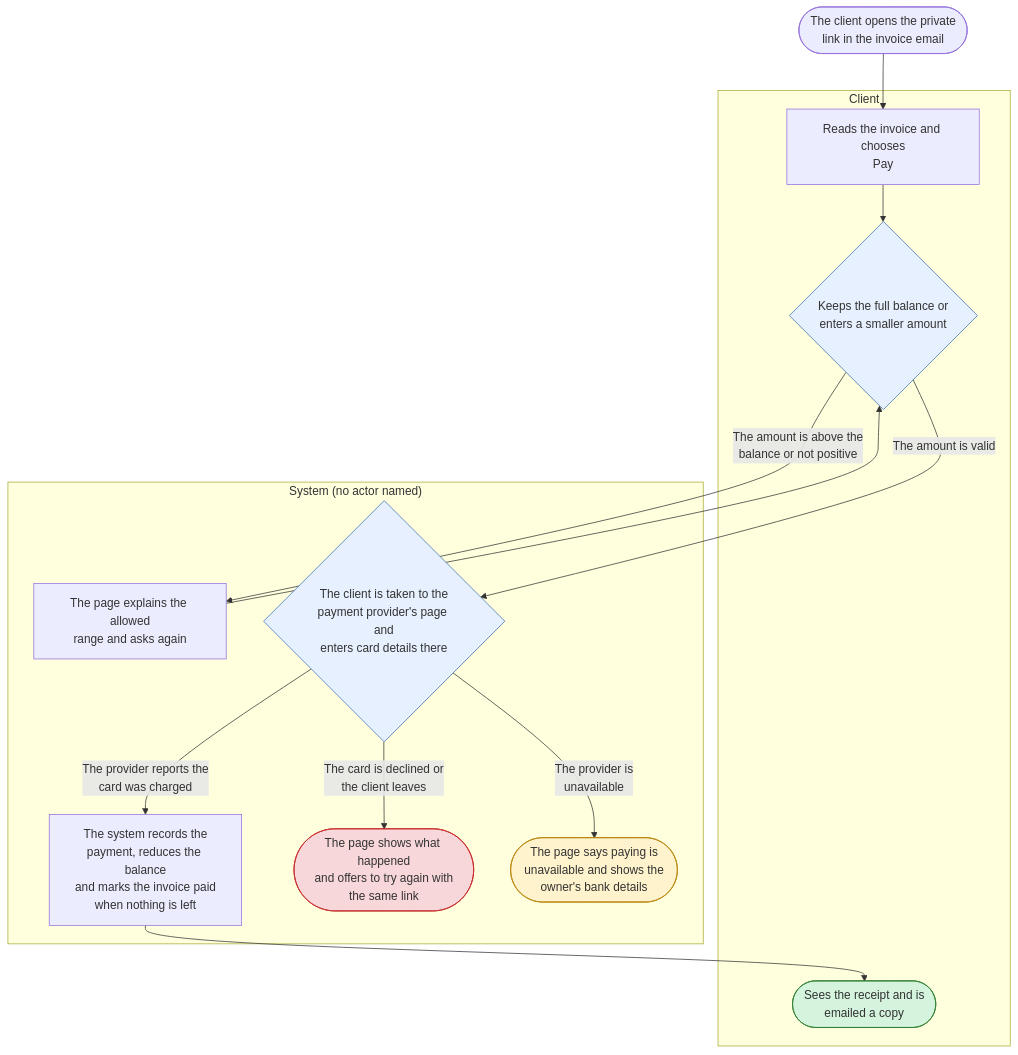
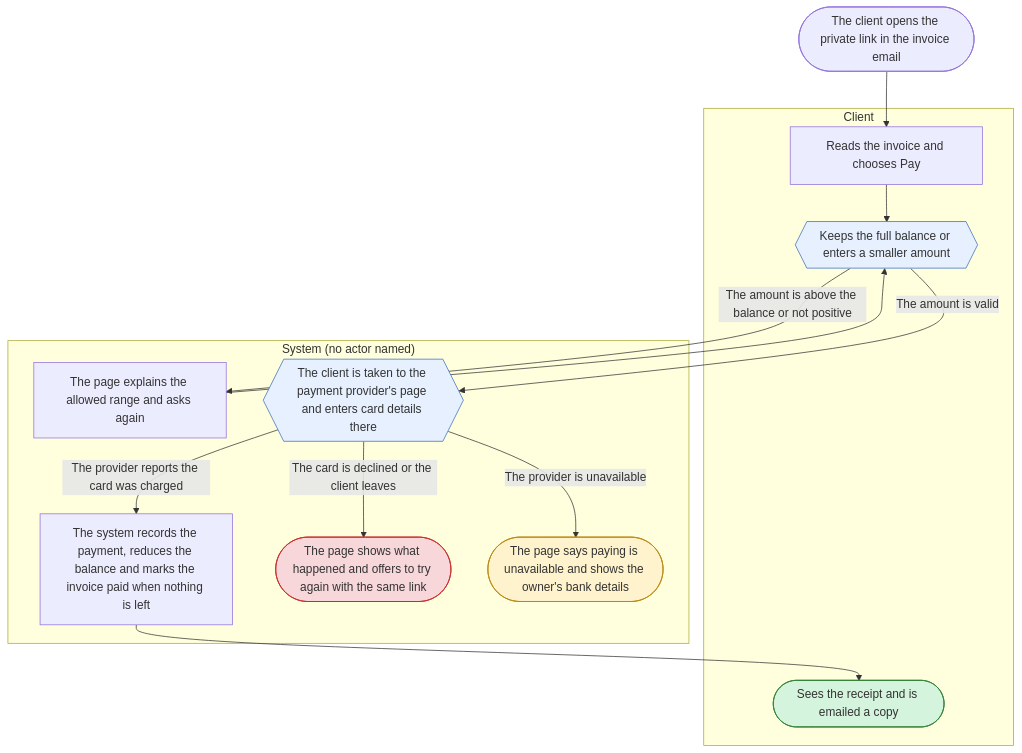
One commit to elendil-tech/magik-harness changed the first of 3 diagrams in product-definition-system/examples/ledgerly/views/specs/CAP-collect-payments.md. Above: the diagram before and after it, drawn with Mermaid. The commit also changed other lines of this file and 27 other files, not shown here.

Commit message:
wip: rename integrity checks to COH, docs consistency test, diagram fixes, mermaid check script [skip ci]

````diff
--- a/product-definition-system/examples/ledgerly/views/specs/CAP-collect-payments.md
+++ b/product-definition-system/examples/ledgerly/views/specs/CAP-collect-payments.md
@@ -62,33 +62,33 @@
 ```mermaid
 flowchart TD
   subgraph lane_ACT_client ["Client"]
-    s_view["Reads the invoice and chooses<br/>Pay"]
-    s_choose_amount{"Keeps the full balance or<br/>enters a smaller amount"}
-    s_receipt(["Sees the receipt and is<br/>emailed a copy"])
+    s_view["Reads the invoice and chooses Pay"]
+    s_choose_amount{{"Keeps the full balance or enters a smaller amount"}}
+    s_receipt(["Sees the receipt and is emailed a copy"])
   end
   subgraph lane__ ["System (no actor named)"]
-    s_invalid_amount["The page explains the allowed<br/>range and asks again"]
-    s_pay{"The client is taken to the<br/>payment provider's page and<br/>enters card details there"}
-    s_record["The system records the<br/>payment, reduces the balance<br/>and marks the invoice paid<br/>when nothing is left"]
-    s_declined(["The page shows what happened<br/>and offers to try again with<br/>the same link"])
-    s_provider_down(["The page says paying is<br/>unavailable and shows the<br/>owner's bank details"])
+    s_invalid_amount["The page explains the allowed range and asks again"]
+    s_pay{{"The client is taken to the payment provider's page and enters card details there"}}
+    s_record["The system records the payment, reduces the balance and marks the invoice paid when nothing is left"]
+    s_declined(["The page shows what happened and offers to try again with the same link"])
+    s_provider_down(["The page says paying is unavailable and shows the owner's bank details"])
   end
-  t_FLW_pay_invoice(["The client opens the private<br/>link in the invoice email"])
+  t_FLW_pay_invoice(["The client opens the private link in the invoice email"])
   t_FLW_pay_invoice --> s_view
   s_view --> s_choose_amount
   s_choose_amount -->|"The amount is valid"| s_pay
-  s_choose_amount -->|"The amount is above the<br/>balance or not positive"| s_invalid_amount
+  s_choose_amount -->|"The amount is above the balance or not positive"| s_invalid_amount
   s_invalid_amount --> s_choose_amount
-  s_pay -->|"The provider reports the<br/>card was charged"| s_record
-  s_pay -->|"The card is declined or<br/>the client leaves"| s_declined
-  s_pay -->|"The provider is<br/>unavailable"| s_provider_down
+  s_pay -->|"The provider reports the card was charged"| s_record
+  s_pay -->|"The card is declined or the client leaves"| s_declined
+  s_pay -->|"The provider is unavailable"| s_provider_down
   s_record --> s_receipt
   classDef success fill:#d4f4dd,stroke:#2e7d32;
   classDef failure fill:#f8d7da,stroke:#c62828;
   classDef abort fill:#fff3cd,stroke:#b8860b;
   classDef decision fill:#e7f0fe,stroke:#3b6fb6;
   class s_receipt success;
   class s_declined failure;
   class s_provider_down abort;
   class s_choose_amount,s_pay decision;
 ```
````
